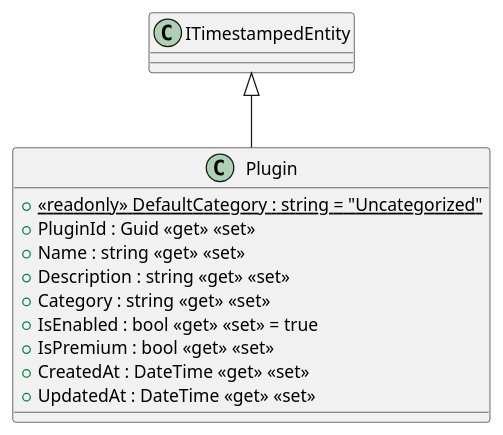
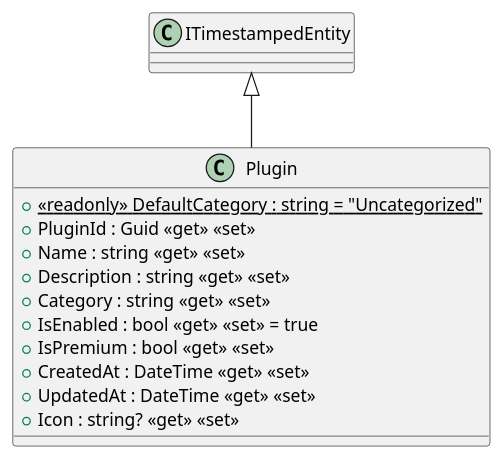
The diagram in Main/Doc/Models/Entities/Plugin.puml (cutehusky/SoftwareDesignProject), drawn with PlantUML before and after one commit. The commit also changed 58 other files, not shown here.

```diff
--- a/Main/Doc/Models/Entities/Plugin.puml
+++ b/Main/Doc/Models/Entities/Plugin.puml
@@ -1,14 +1,15 @@
 @startuml
 class Plugin {
     + {static} <<readonly>> DefaultCategory : string = "Uncategorized"
     + PluginId : Guid <<get>> <<set>>
     + Name : string <<get>> <<set>>
     + Description : string <<get>> <<set>>
     + Category : string <<get>> <<set>>
     + IsEnabled : bool <<get>> <<set>> = true
     + IsPremium : bool <<get>> <<set>>
     + CreatedAt : DateTime <<get>> <<set>>
     + UpdatedAt : DateTime <<get>> <<set>>
+    + Icon : string? <<get>> <<set>>
 }
 ITimestampedEntity <|-- Plugin
 @enduml
```
